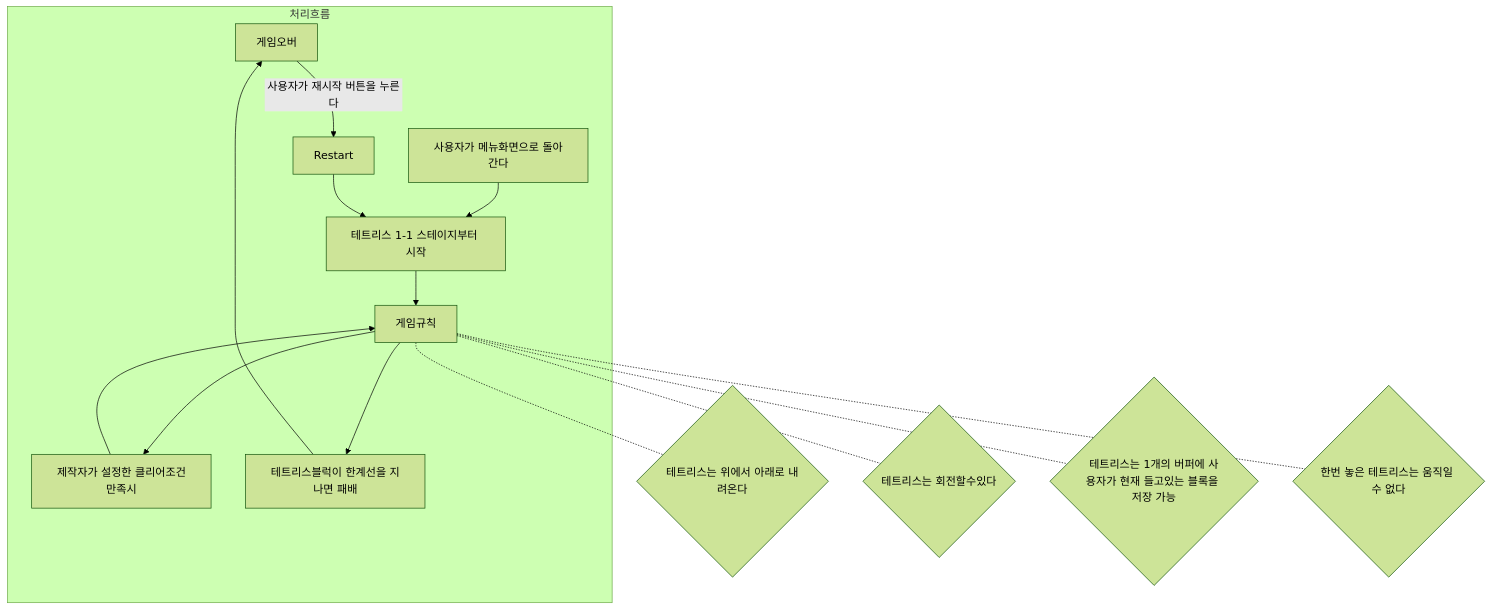
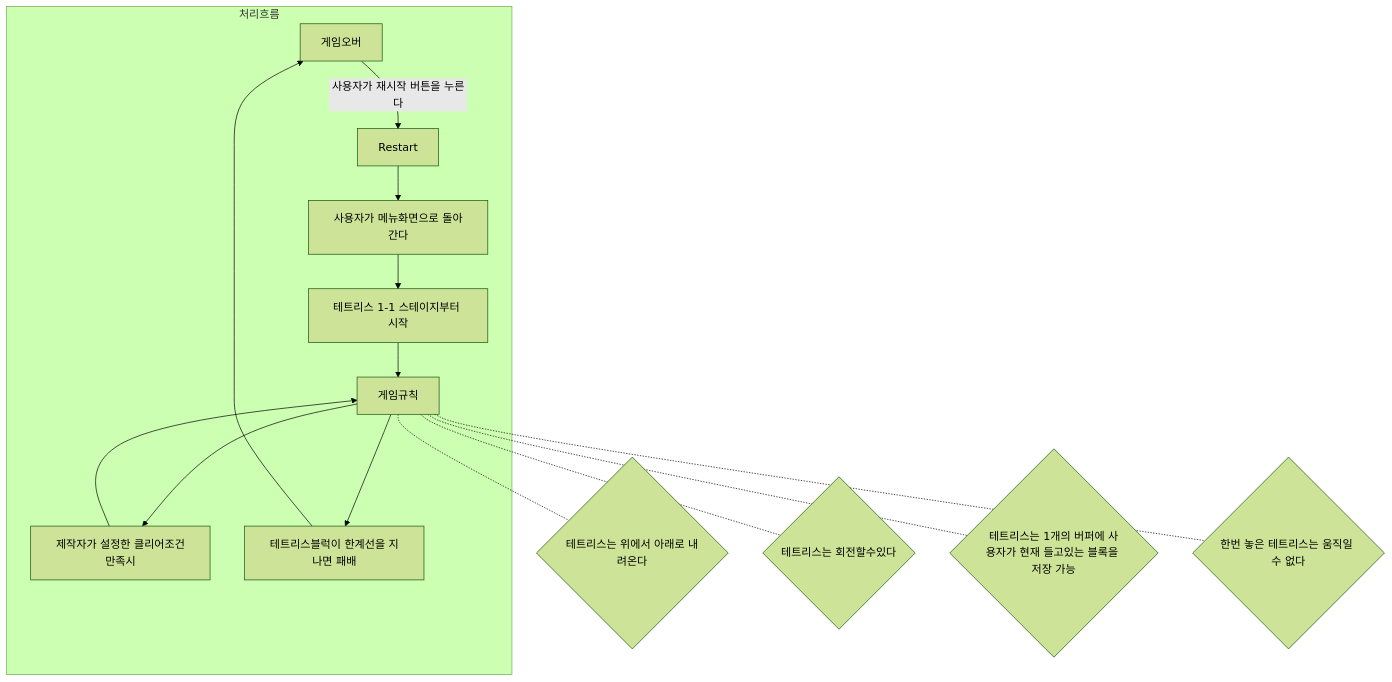
The first of 2 diagrams in Diagrams/20210519_Diagram.md (Wonsoox/Tutorial_Imitation_Teris), drawn with Mermaid (forest theme) before and after one commit.

````diff
--- a/Diagrams/20210519_Diagram.md
+++ b/Diagrams/20210519_Diagram.md
@@ -2,19 +2,20 @@
 ```mermaid
 graph TD
   subgraph GameFlow[처리흐름]
     GameOver[게임오버] -->|사용자가 재시작 버튼을 누른다| Restart
-    Menu[사용자가 메뉴화면으로 돌아간다] --> GameStart
-    Restart --> GameStart[테트리스 1-1 스테이지부터 시작]
+    Restart --> Menu
+    Menu[사용자가 메뉴화면으로 돌아간다] -->  GameStart[테트리스 1-1 스테이지부터 시작]
+    
     GameStart --> Play[게임규칙]
     Play --> Clear[제작자가 설정한 클리어조건만족시]
     Clear--> Play
     Play --> LoseCondition[테트리스블럭이 한계선을 지나면 패배]
     LoseCondition --> GameOver
   end
   Play -.- Rule1{테트리스는 위에서 아래로 내려온다}
   Play -.- Rule2{테트리스는 회전할수있다}
   Play -.- Rule3{테트리스는 1개의 버퍼에 사용자가 현재 들고있는 블록을 저장 가능}
   Play -.- Rule4{한번 놓은 테트리스는 움직일 수 없다}
 
   
 ```
````
